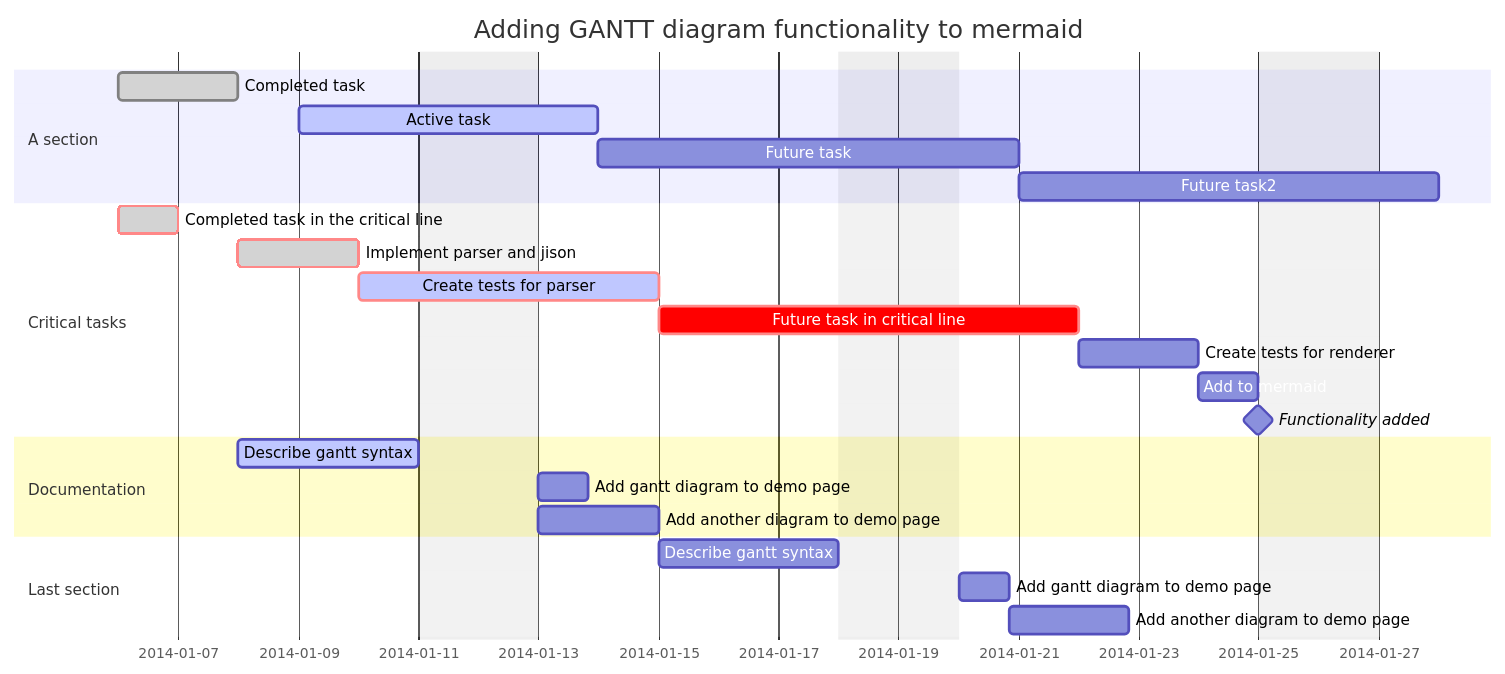
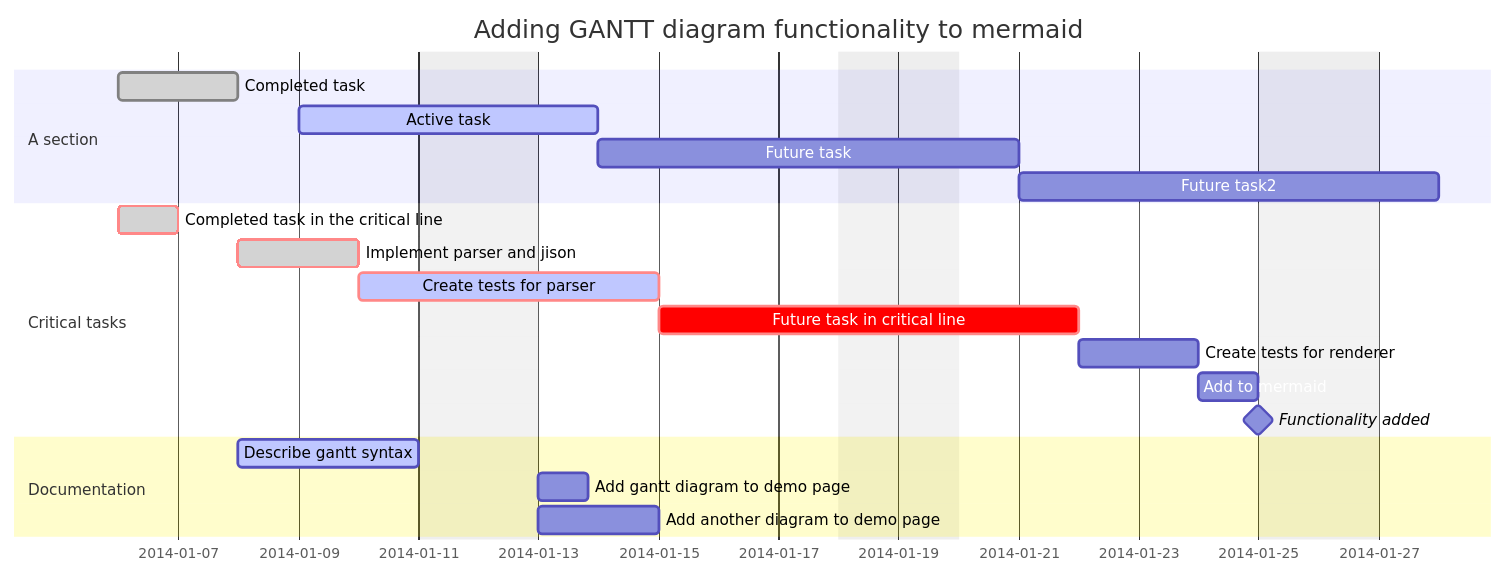
Before and after one commit to wasikarn/atlassian-pm: the second of 8 diagrams in docs/mermaid/gantt.md, drawn with Mermaid. The commit also changed other lines of this file and 3 other files, not shown here.

````diff
--- a/docs/mermaid/gantt.md
+++ b/docs/mermaid/gantt.md
@@ -26,32 +26,27 @@
 ```mermaid
 gantt
     dateFormat  YYYY-MM-DD
     title       Adding GANTT diagram functionality to mermaid
     excludes    weekends
     %% (`excludes` accepts specific dates in YYYY-MM-DD format, days of the week ("sunday") or "weekends", but not the word "weekdays".)
 
     section A section
     Completed task            :done,    des1, 2014-01-06,2014-01-08
     Active task               :active,  des2, 2014-01-09, 3d
     Future task               :         des3, after des2, 5d
     Future task2              :         des4, after des3, 5d
 
     section Critical tasks
     Completed task in the critical line :crit, done, 2014-01-06,24h
     Implement parser and jison          :crit, done, after des1, 2d
     Create tests for parser             :crit, active, 3d
     Future task in critical line        :crit, 5d
     Create tests for renderer           :2d
     Add to mermaid                      :until isadded
     Functionality added                 :milestone, isadded, 2014-01-25, 0d
 
     section Documentation
     Describe gantt syntax               :active, a1, after des1, 3d
     Add gantt diagram to demo page      :after a1  , 20h
     Add another diagram to demo page    :doc1, after a1  , 48h
-
-    section Last section
-    Describe gantt syntax               :after doc1, 3d
-    Add gantt diagram to demo page      :20h
-    Add another diagram to demo page    :48h
 ```
````
